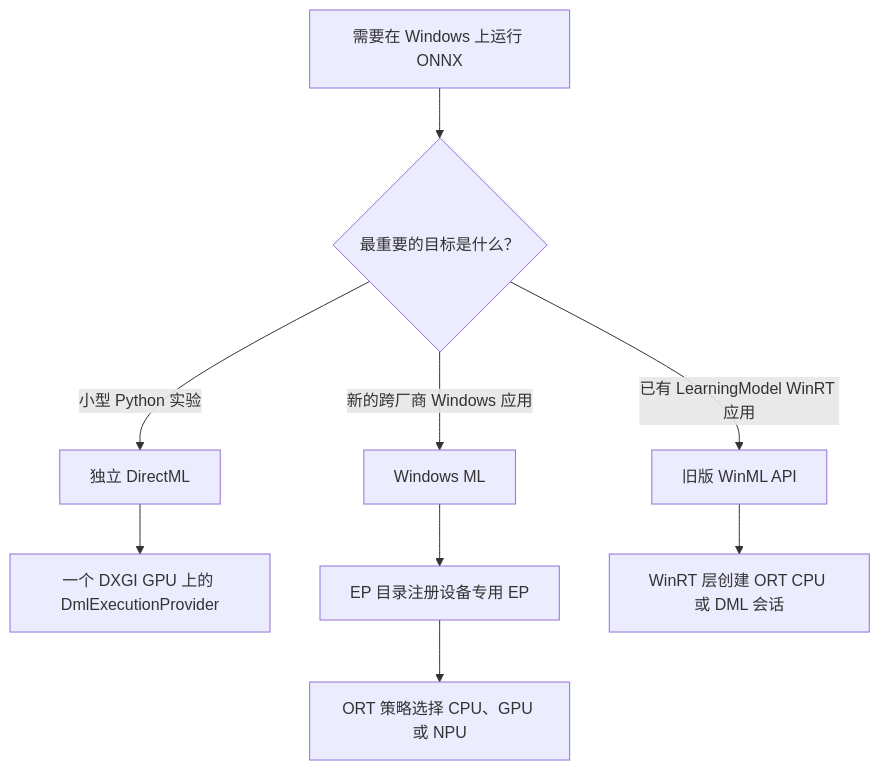
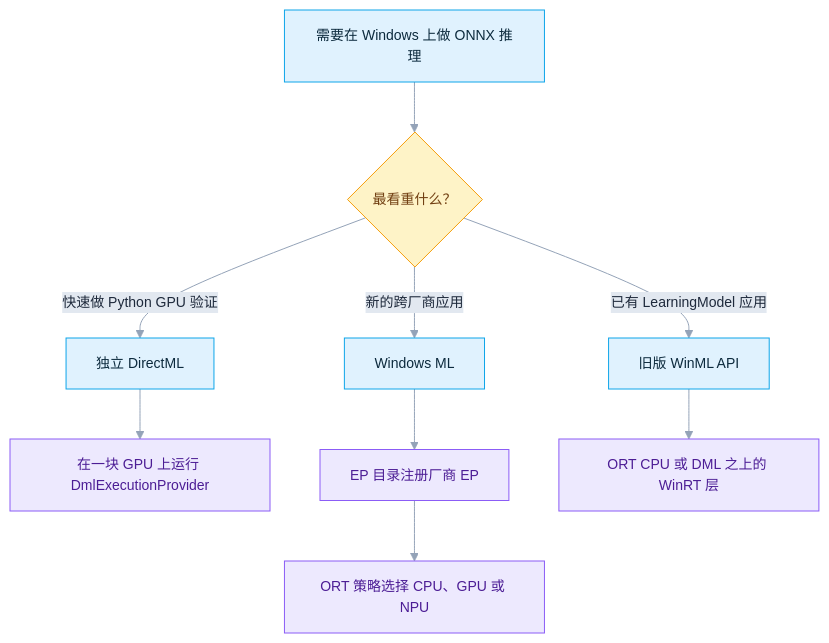
The second of 12 diagrams in DirectML/README.zh-CN.md (DakeQQ/Tutorial-ONNX-Runtime-Execution-Providers), drawn with Mermaid before and after one commit. The commit also changed other lines of this file and 15 other files, not shown here.

````diff
--- a/DirectML/README.zh-CN.md
+++ b/DirectML/README.zh-CN.md
@@ -68,11 +82,18 @@
 ```mermaid
+%%{init: {"theme":"base","themeVariables":{"fontSize":"14px","lineColor":"#94a3b8","edgeLabelBackground":"#e2e8f0","primaryTextColor":"#1e293b"}}}%%
 flowchart TD
-    A["需要在 Windows 上运行 ONNX"] --> B{"最重要的目标是什么？"}
-    B -->|小型 Python 实验| C["独立 DirectML"]
-    B -->|新的跨厂商 Windows 应用| D["Windows ML"]
-    B -->|已有 LearningModel WinRT 应用| E["旧版 WinML API"]
-    C --> F["一个 DXGI GPU 上的 DmlExecutionProvider"]
-    D --> G["EP 目录注册设备专用 EP"]
+    A["需要在 Windows 上做 ONNX 推理"] --> B{"最看重什么？"}
+    B -->|"快速做 Python GPU 验证"| C["独立 DirectML"]
+    B -->|"新的跨厂商应用"| D["Windows ML"]
+    B -->|"已有 LearningModel 应用"| E["旧版 WinML API"]
+    C --> F["在一块 GPU 上运行 DmlExecutionProvider"]
+    D --> G["EP 目录注册厂商 EP"]
     G --> H["ORT 策略选择 CPU、GPU 或 NPU"]
-    E --> I["WinRT 层创建 ORT CPU 或 DML 会话"]
+    E --> I["ORT CPU 或 DML 之上的 WinRT 层"]
+    classDef step fill:#e0f2fe,stroke:#0ea5e9,color:#0c2a3d;
+    classDef dec fill:#fef3c7,stroke:#f59e0b,color:#713f12;
+    classDef dev fill:#ede9fe,stroke:#8b5cf6,color:#4c1d95;
+    class A,C,D,E step;
+    class B dec;
+    class F,G,H,I dev;
 ```
````
